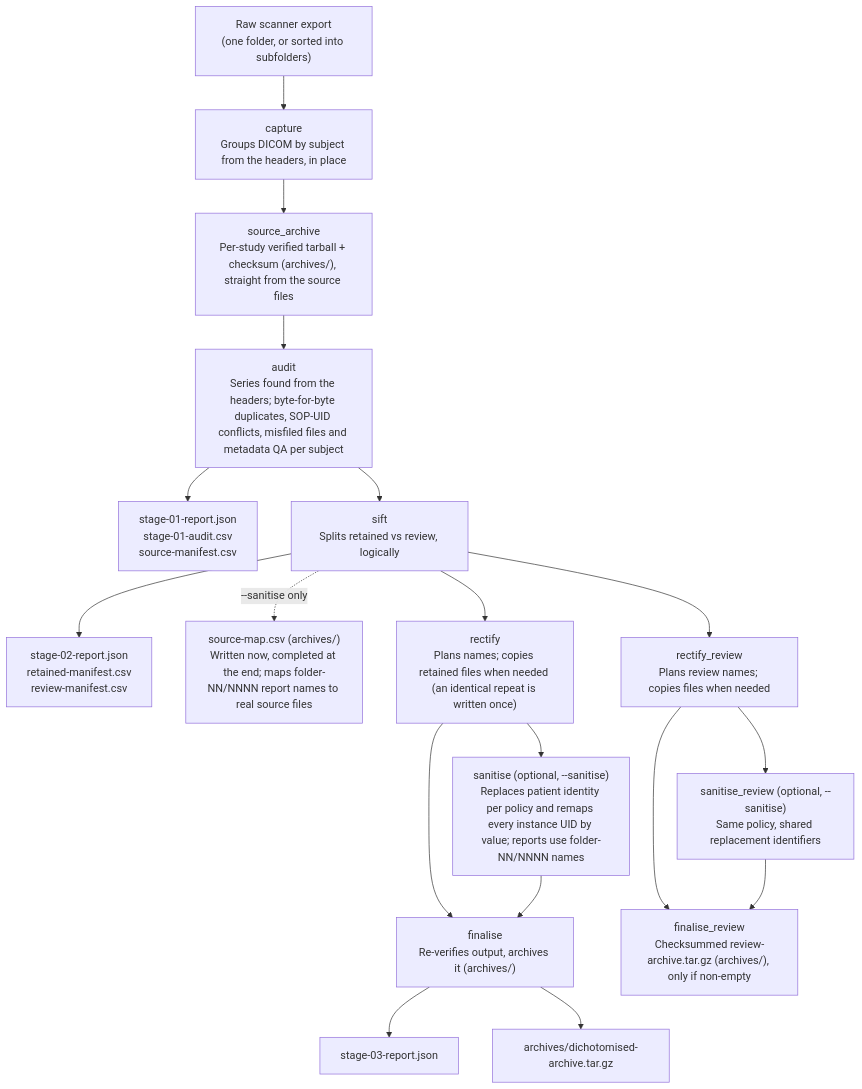
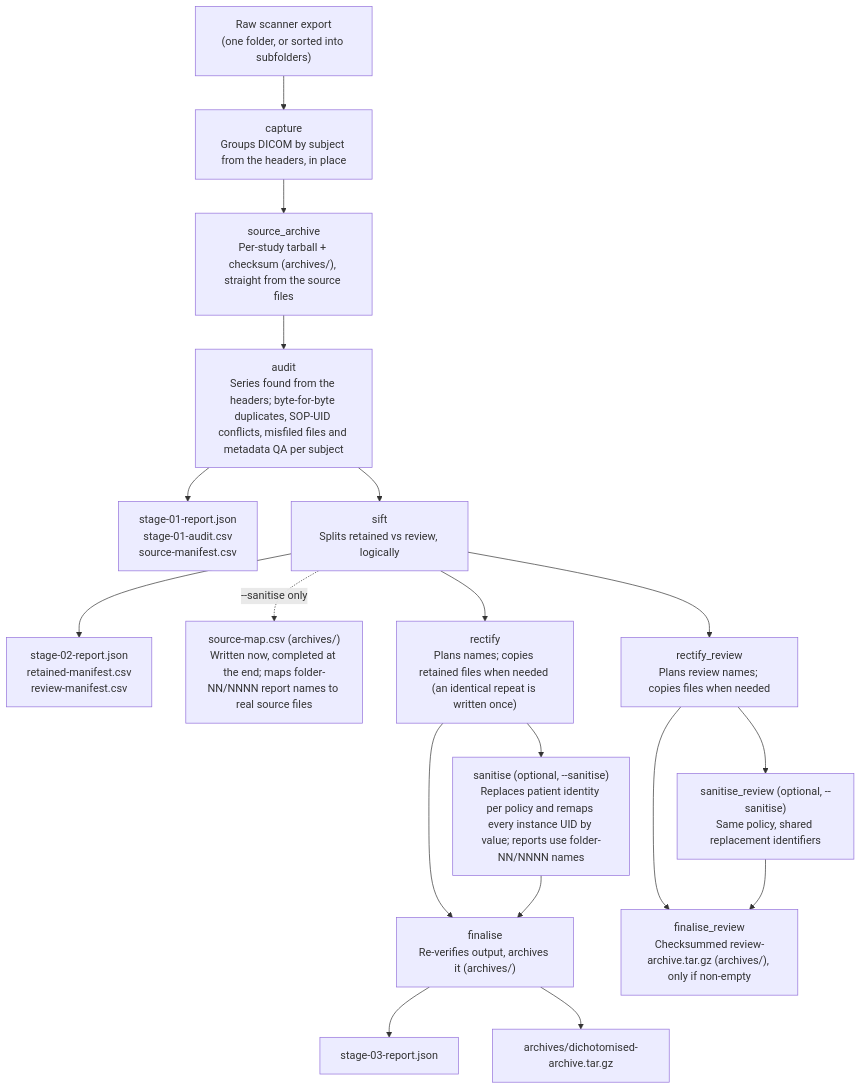
One commit to BRAIN-TO/dichotomise changed the diagram in docs/workflow.md. Above: the diagram before and after it, drawn with Mermaid. The commit also changed 2 other files, not shown here.

Commit message:
perf: stop re-hashing an archive straight after hashing it; drop the unused error

````diff
--- a/docs/workflow.md
+++ b/docs/workflow.md
@@ -81,20 +81,20 @@
 ```mermaid
 flowchart TD
     SOURCE["Raw scanner export<br/>(one folder, or sorted into subfolders)"] --> CAPTURE["capture<br/>Groups DICOM by subject from the headers, in place"]
-    CAPTURE --> ARCHIVE["source_archive<br/>Per-study verified tarball + checksum (archives/), straight from the source files"]
+    CAPTURE --> ARCHIVE["source_archive<br/>Per-study tarball + checksum (archives/), straight from the source files"]
     ARCHIVE --> AUDIT["audit<br/>Series found from the headers; byte-for-byte duplicates, SOP-UID conflicts, misfiled files and metadata QA per subject"]
     AUDIT --> REPORT1["stage-01-report.json<br/>stage-01-audit.csv<br/>source-manifest.csv"]
     AUDIT --> SIFT["sift<br/>Splits retained vs review, logically"]
     SIFT --> REPORT2["stage-02-report.json<br/>retained-manifest.csv<br/>review-manifest.csv"]
     SIFT -. "--sanitise only" .-> SOURCE_MAP["source-map.csv (archives/)<br/>Written now, completed at the end; maps folder-NN/NNNN report names to real source files"]
     SIFT --> RECTIFY["rectify<br/>Plans names; copies retained files when needed (an identical repeat is written once)"]
     SIFT --> REVIEW_RECTIFY["rectify_review<br/>Plans review names; copies files when needed"]
     RECTIFY --> SANITISE["sanitise (optional, --sanitise)<br/>Replaces patient identity per policy and remaps every instance UID by value; reports use folder-NN/NNNN names"]
     REVIEW_RECTIFY --> SANITISE_REVIEW["sanitise_review (optional, --sanitise)<br/>Same policy, shared replacement identifiers"]
     RECTIFY --> FINALISE["finalise<br/>Re-verifies output, archives it (archives/)"]
     SANITISE --> FINALISE
     REVIEW_RECTIFY --> REVIEW_ARCHIVE["finalise_review<br/>Checksummed review-archive.tar.gz (archives/), only if non-empty"]
     SANITISE_REVIEW --> REVIEW_ARCHIVE
     FINALISE --> REPORT3["stage-03-report.json"]
     FINALISE --> ARCHIVES["archives/dichotomised-archive.tar.gz"]
 ```
````
